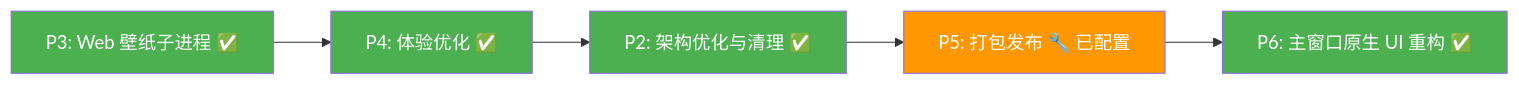
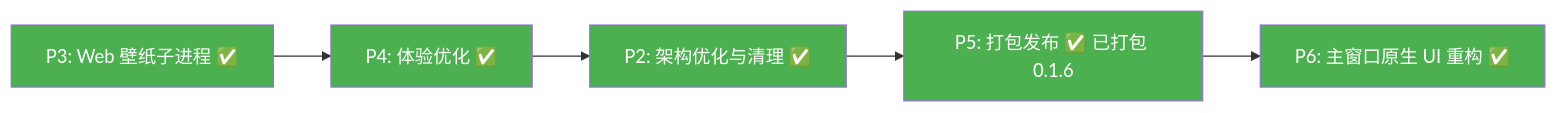
The diagram in docs/03-实施与验证/01-实施与验证总览-Implementation-and-Verification-Overview.md (Wunseol/mirrorstar-wallpaper), drawn with Mermaid before and after one commit. The commit also changed other lines of this file and 36 other files, not shown here.

````diff
--- a/docs/03-实施与验证/01-实施与验证总览-Implementation-and-Verification-Overview.md
+++ b/docs/03-实施与验证/01-实施与验证总览-Implementation-and-Verification-Overview.md
@@ -37,13 +37,13 @@
 ```mermaid
 graph LR
     P3[P3: Web 壁纸子进程 ✅] --> P4[P4: 体验优化 ✅]
     P4 --> P2[P2: 架构优化与清理 ✅]
-    P2 --> P5[P5: 打包发布 🔧 已配置]
+    P2 --> P5[P5: 打包发布 ✅ 已打包 0.1.6]
     P5 --> P6[P6: 主窗口原生 UI 重构 ✅]
 
     style P3 fill:#4CAF50,color:#fff
     style P4 fill:#4CAF50,color:#fff
     style P2 fill:#4CAF50,color:#fff
-    style P5 fill:#FF9800,color:#fff
+    style P5 fill:#4CAF50,color:#fff
     style P6 fill:#4CAF50,color:#fff
 ```
````
